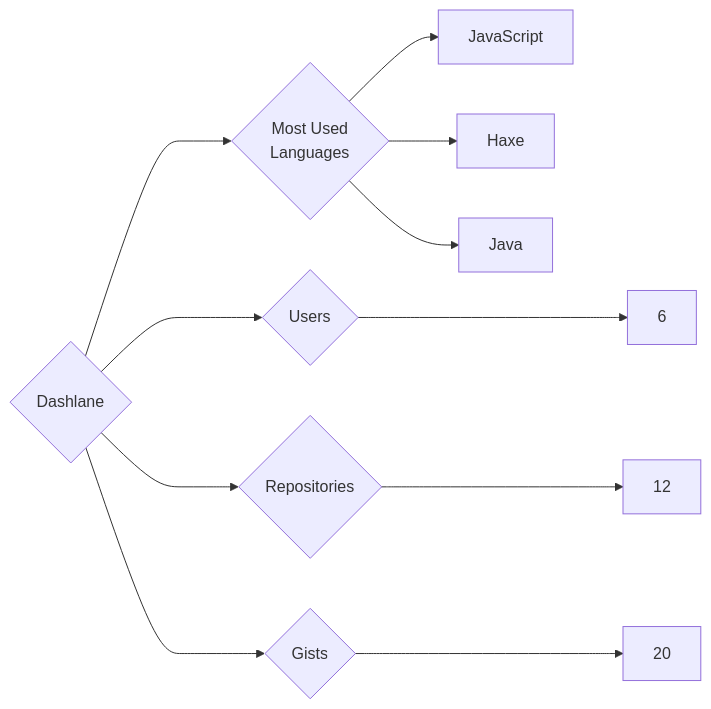
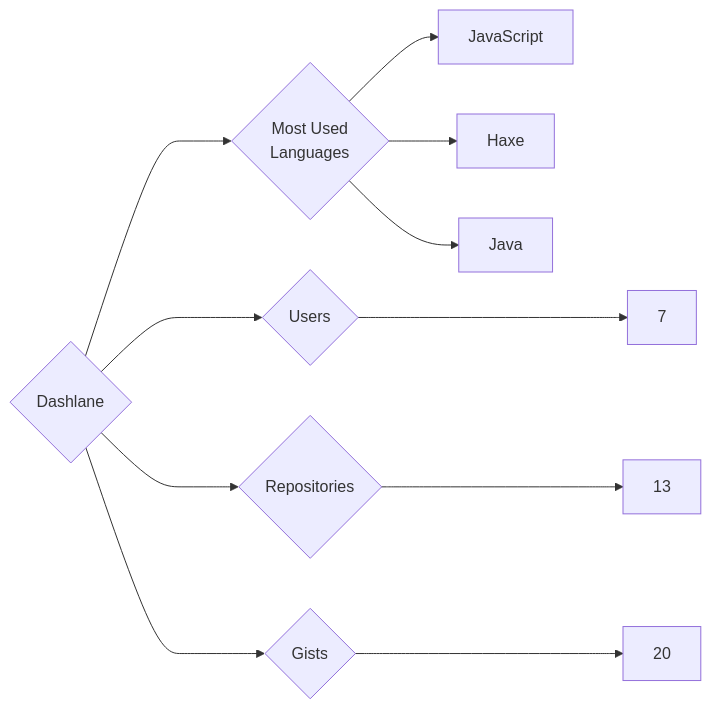
Before and after one commit to trickest/insiders: the diagram in targets/Dashlane/README.md, drawn with Mermaid. The commit also changed 912 other files, not shown here.

````diff
--- a/targets/Dashlane/README.md
+++ b/targets/Dashlane/README.md
@@ -3,11 +3,11 @@
 ```mermaid
 graph LR
 COMPANY_NAME{Dashlane}
-COMPANY_NAME ---> U{Users} ---> UN[6]
-COMPANY_NAME ---> R{Repositories} ---> RN[12]
+COMPANY_NAME ---> U{Users} ---> UN[7]
+COMPANY_NAME ---> R{Repositories} ---> RN[13]
 COMPANY_NAME ---> G{Gists} ---> GN[20]
 COMPANY_NAME ---> ML{Most Used<br>Languages}
 ML --> JavaScript[JavaScript]
 ML --> Haxe[Haxe]
 ML --> Java[Java]
 ```
````
